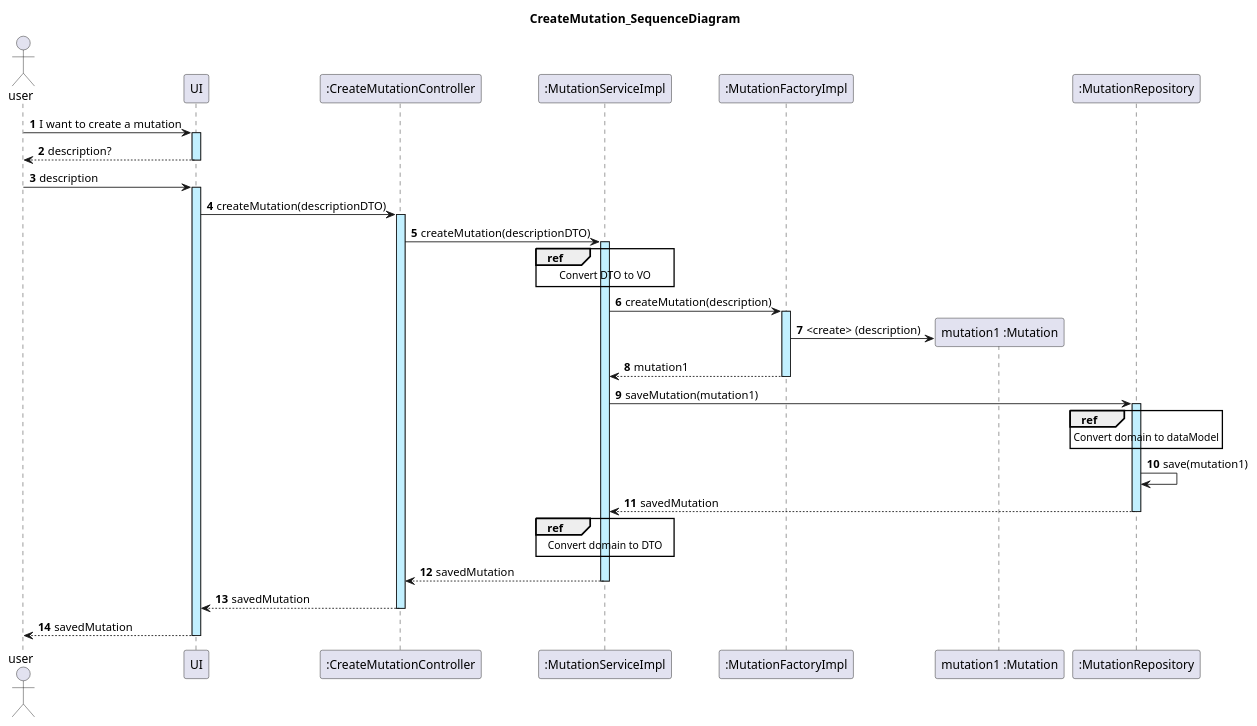
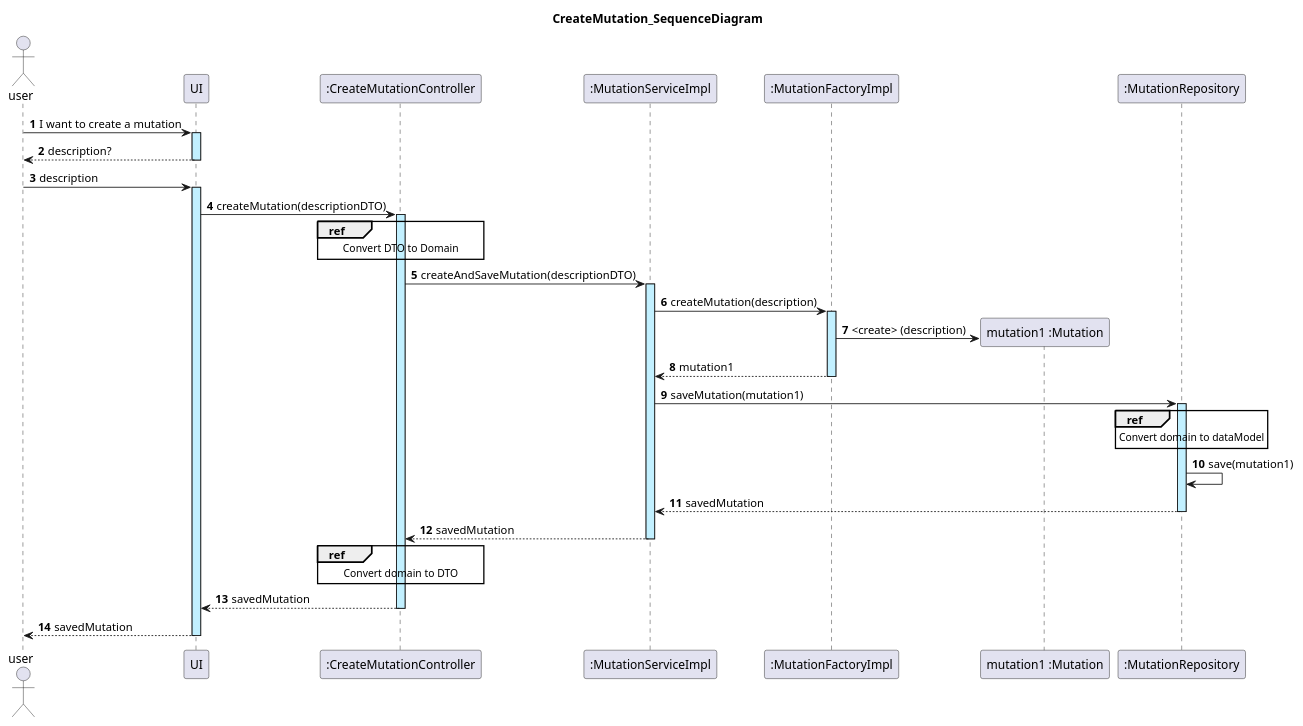
One commit to rubenrocha26/bms-backend-ddd changed the diagram in docs/mutation/createMutation.puml. Above: the diagram before and after it, drawn with PlantUML. The commit also changed 18 other files, not shown here.

Commit message:
Mutation can now be Saved.

```diff
--- a/docs/mutation/createMutation.puml
+++ b/docs/mutation/createMutation.puml
@@ -1,36 +1,35 @@
 @startuml
 actor user
 autonumber
 
 title: CreateMutation_SequenceDiagram
 
 user -> UI ++ #application : I want to create a mutation
 UI --> user -- : description?
 user -> UI ++ #application : description
 UI -> ":CreateMutationController" as CMC ++ #application : createMutation(descriptionDTO)
-CMC -> ":MutationServiceImpl" as MS ++ #application : createMutation(descriptionDTO)
-ref over MS
-    Convert DTO to VO
+ref over CMC
+    Convert DTO to Domain
 end ref
+CMC -> ":MutationServiceImpl" as MS ++ #application : createAndSaveMutation(descriptionDTO)
 MS -> ":MutationFactoryImpl" as MF ++ #application : createMutation(description)
 
 create "mutation1 :Mutation" as MT
 MF -> MT : <create> (description)
 MF --> MS -- : mutation1
 
 MS -> ":MutationRepository" as MR ++ #application : saveMutation(mutation1)
 ref over MR
     Convert domain to dataModel
 end ref
 MR -> MR : save(mutation1)
 MR --> MS  -- : savedMutation
 
-ref over MS
+MS --> CMC -- : savedMutation
+ref over CMC
     Convert domain to DTO
 end ref
-
-MS --> CMC -- : savedMutation
 CMC --> UI -- : savedMutation
 UI --> user -- : savedMutation
 
 @enduml
```
